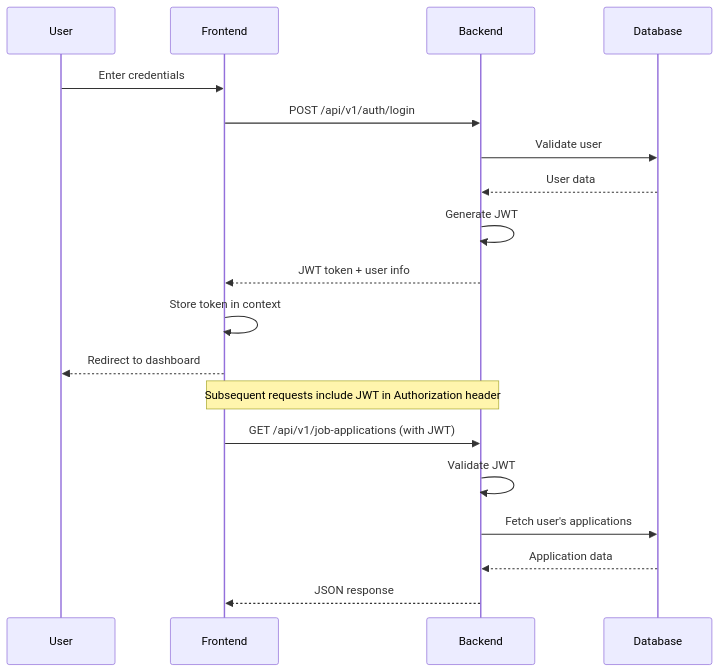
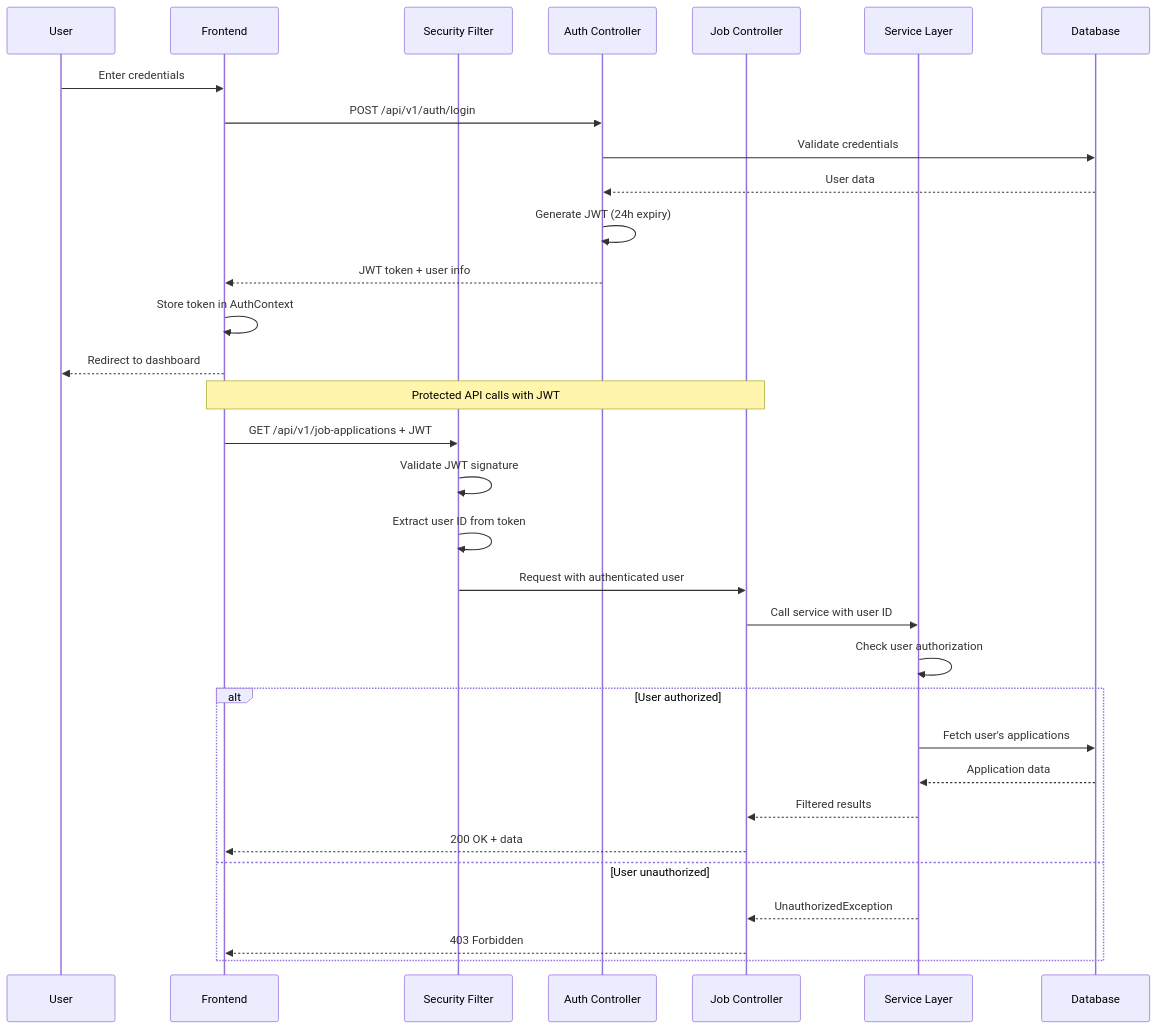
One commit to Jnolcox/job-tracker changed the second of 5 diagrams in README.md. Above: the diagram before and after it, drawn with Mermaid. The commit also changed other lines of this file and 1 other file, not shown here.

````diff
--- a/README.md
+++ b/README.md
@@ -74,23 +97,36 @@
 ```mermaid
 sequenceDiagram
     participant U as User
     participant F as Frontend
-    participant B as Backend
+    participant S as Security Filter
+    participant AC as Auth Controller
+    participant JC as Job Controller
+    participant SL as Service Layer
     participant D as Database
     
     U->>F: Enter credentials
-    F->>B: POST /api/v1/auth/login
-    B->>D: Validate user
-    D-->>B: User data
-    B->>B: Generate JWT
-    B-->>F: JWT token + user info
-    F->>F: Store token in context
+    F->>AC: POST /api/v1/auth/login
+    AC->>D: Validate credentials
+    D-->>AC: User data
+    AC->>AC: Generate JWT (24h expiry)
+    AC-->>F: JWT token + user info
+    F->>F: Store token in AuthContext
     F-->>U: Redirect to dashboard
     
-    Note over F,B: Subsequent requests include JWT in Authorization header
-    F->>B: GET /api/v1/job-applications (with JWT)
-    B->>B: Validate JWT
-    B->>D: Fetch user's applications
-    D-->>B: Application data
-    B-->>F: JSON response
+    Note over F,JC: Protected API calls with JWT
+    F->>S: GET /api/v1/job-applications + JWT
+    S->>S: Validate JWT signature
+    S->>S: Extract user ID from token
+    S->>JC: Request with authenticated user
+    JC->>SL: Call service with user ID
+    SL->>SL: Check user authorization
+    alt User authorized
+        SL->>D: Fetch user's applications
+        D-->>SL: Application data
+        SL-->>JC: Filtered results
+        JC-->>F: 200 OK + data
+    else User unauthorized
+        SL-->>JC: UnauthorizedException
+        JC-->>F: 403 Forbidden
+    end
 ```
````
